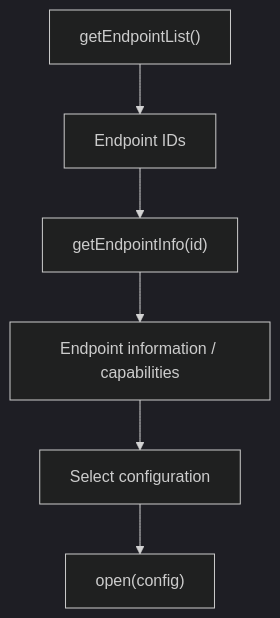
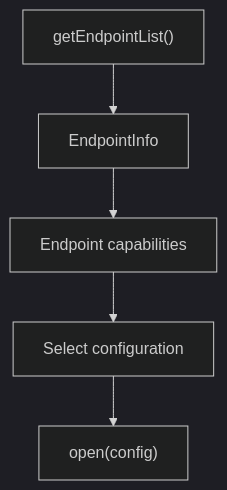
The fourth of 22 diagrams in README.md (Mika-42/core-audio), drawn with Mermaid (dark theme) before and after one commit. The commit also changed other lines of this file and 10 other files, not shown here.

````diff
--- a/README.md
+++ b/README.md
@@ -154,15 +156,13 @@
 ```mermaid
 flowchart TD
     LIST["getEndpointList()"]
-    IDS["Endpoint IDs"]
-    INFO["getEndpointInfo(id)"]
-    CAP["Endpoint information / capabilities"]
+    INFO["EndpointInfo"]
+    CAP["Endpoint capabilities"]
     CONFIG["Select configuration"]
     OPEN["open(config)"]
 
-    LIST --> IDS
-    IDS --> INFO
+    LIST --> INFO
     INFO --> CAP
     CAP --> CONFIG
     CONFIG --> OPEN
 ```
````
